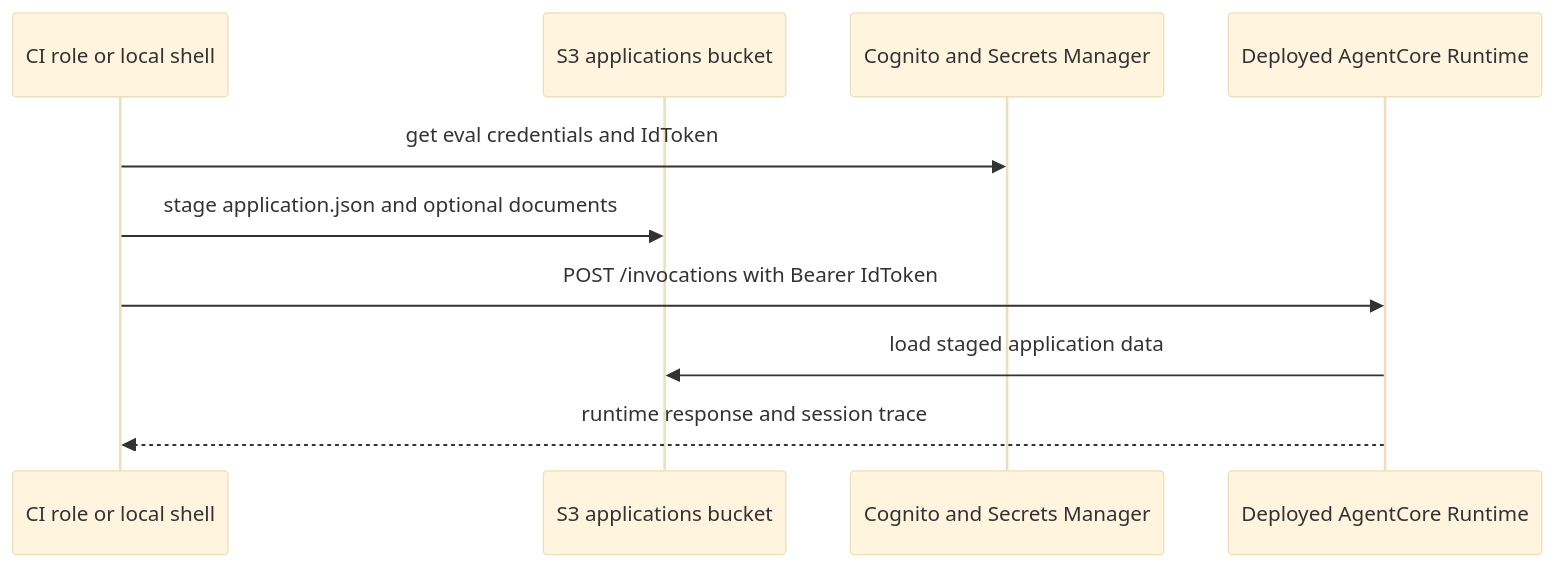
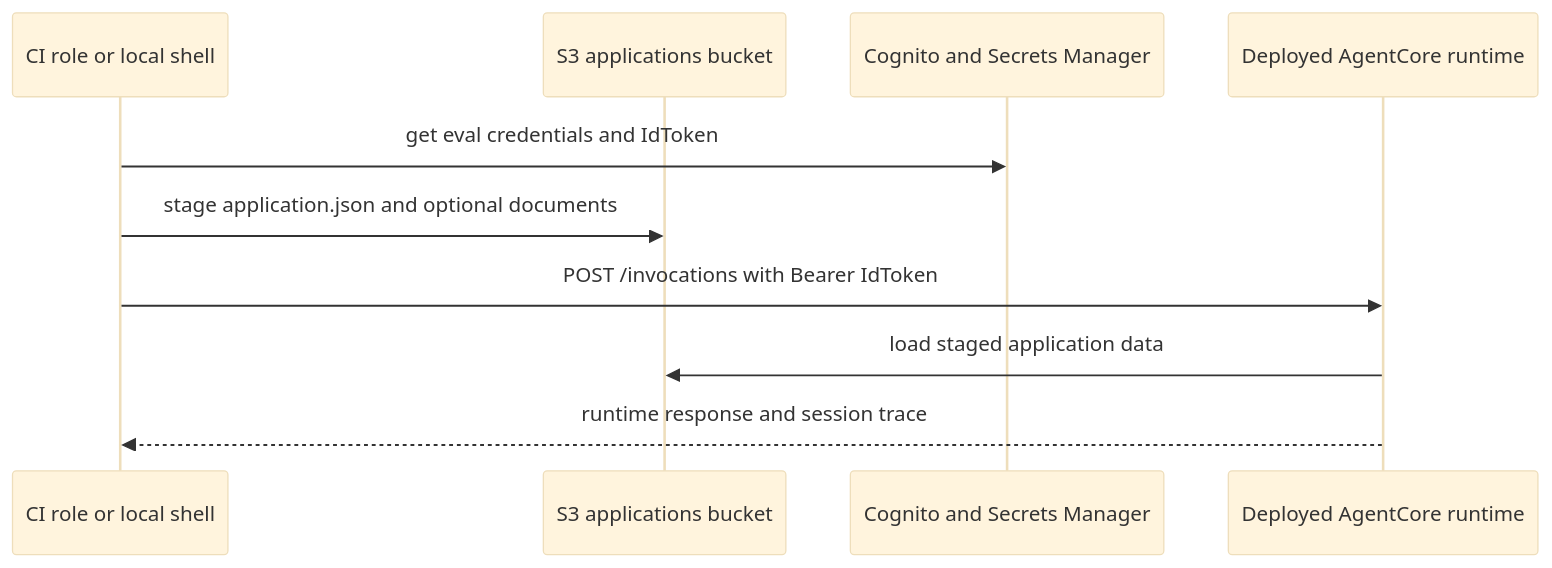
Before and after one commit to stevejgoodman/fionaa-aws: the third of 4 diagrams in openwiki/operations/deployment-and-evals.md, drawn with Mermaid (base theme). The commit also changed other lines of this file and 37 other files, not shown here.

Commit message:
Add PASF/PADE readiness-triage assessment, architecture docs, and refreshed OpenWiki

````diff
--- a/openwiki/operations/deployment-and-evals.md
+++ b/openwiki/operations/deployment-and-evals.md
@@ -113,13 +110,13 @@
 ```mermaid
 sequenceDiagram
   participant CI as CI role or local shell
   participant S3 as S3 applications bucket
   participant Auth as Cognito and Secrets Manager
-  participant RT as Deployed AgentCore Runtime
+  participant RT as Deployed AgentCore runtime
 
   CI->>Auth: get eval credentials and IdToken
   CI->>S3: stage application.json and optional documents
   CI->>RT: POST /invocations with Bearer IdToken
   RT->>S3: load staged application data
   RT-->>CI: runtime response and session trace
 ```
````
